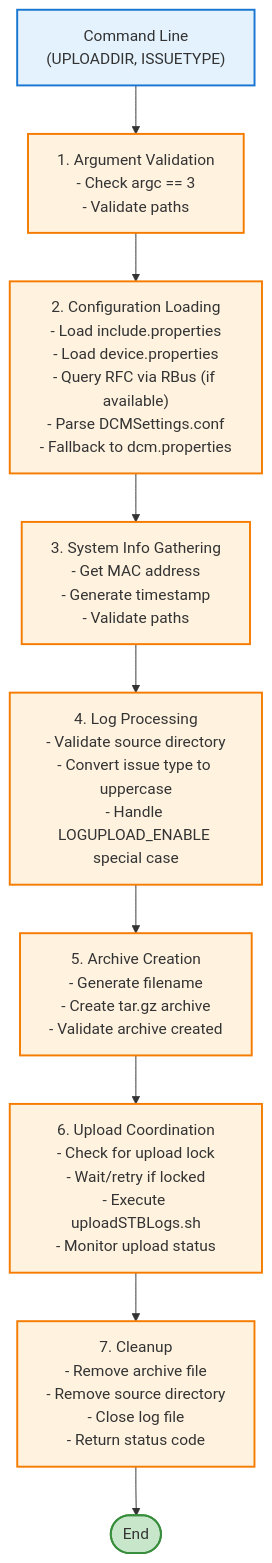
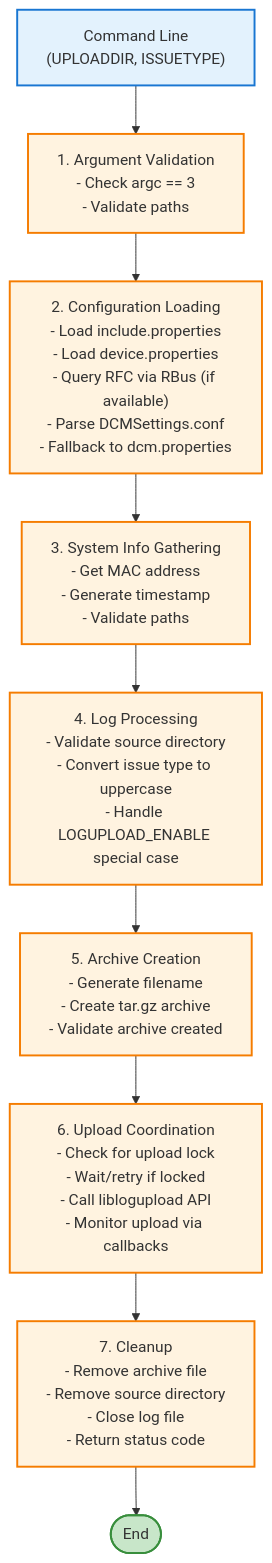
One commit to rdkcentral/remote_debugger changed the second of 4 diagrams in docs/uploadRRDLogs_HLD.md. Above: the diagram before and after it, drawn with Mermaid. The commit also changed other lines of this file, not shown here.

First line of the commit message:
Revise uploadRRDLogs HLD for library updates and CPU management

````diff
--- a/docs/uploadRRDLogs_HLD.md
+++ b/docs/uploadRRDLogs_HLD.md
@@ -593,21 +610,21 @@
 ```mermaid
 flowchart TD
     Start["Command Line<br/>(UPLOADDIR, ISSUETYPE)"] --> ArgVal["1. Argument Validation<br/>- Check argc == 3<br/>- Validate paths"]
     ArgVal --> ConfigLoad["2. Configuration Loading<br/>- Load include.properties<br/>- Load device.properties<br/>- Query RFC via RBus (if available)<br/>- Parse DCMSettings.conf<br/>- Fallback to dcm.properties"]
     ConfigLoad --> SysInfo["3. System Info Gathering<br/>- Get MAC address<br/>- Generate timestamp<br/>- Validate paths"]
     SysInfo --> LogProc["4. Log Processing<br/>- Validate source directory<br/>- Convert issue type to uppercase<br/>- Handle LOGUPLOAD_ENABLE special case"]
     LogProc --> Archive["5. Archive Creation<br/>- Generate filename<br/>- Create tar.gz archive<br/>- Validate archive created"]
-    Archive --> Upload["6. Upload Coordination<br/>- Check for upload lock<br/>- Wait/retry if locked<br/>- Execute uploadSTBLogs.sh<br/>- Monitor upload status"]
+    Archive --> Upload["6. Upload Coordination<br/>- Check for upload lock<br/>- Wait/retry if locked<br/>- Call liblogupload API<br/>- Monitor upload via callbacks"]
     Upload --> Cleanup["7. Cleanup<br/>- Remove archive file<br/>- Remove source directory<br/>- Close log file<br/>- Return status code"]
     Cleanup --> End([End])
     
     style Start fill:#e3f2fd,stroke:#1976d2,stroke-width:2px
     style End fill:#c8e6c9,stroke:#388e3c,stroke-width:2px
     style ArgVal fill:#fff3e0,stroke:#f57c00,stroke-width:2px
     style ConfigLoad fill:#fff3e0,stroke:#f57c00,stroke-width:2px
     style SysInfo fill:#fff3e0,stroke:#f57c00,stroke-width:2px
     style LogProc fill:#fff3e0,stroke:#f57c00,stroke-width:2px
     style Archive fill:#fff3e0,stroke:#f57c00,stroke-width:2px
     style Upload fill:#fff3e0,stroke:#f57c00,stroke-width:2px
     style Cleanup fill:#fff3e0,stroke:#f57c00,stroke-width:2px
 ```
````
